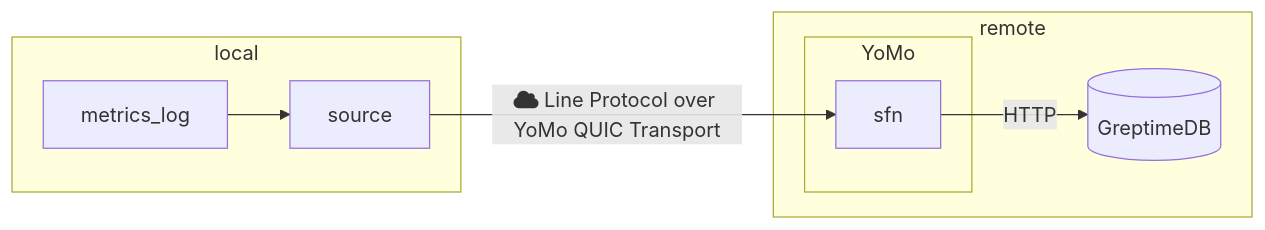
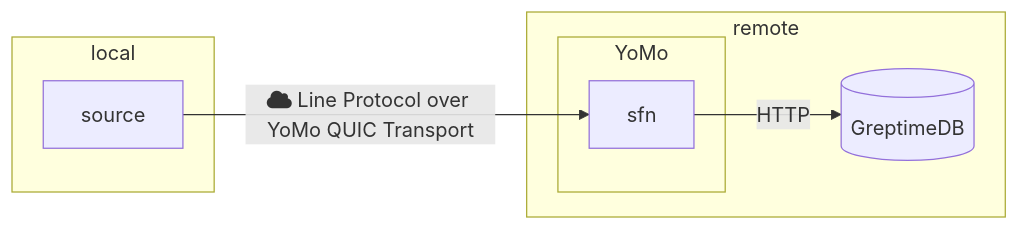
One commit to yomorun/GreptimeDB-YoMo changed the diagram in README.md. Above: the diagram before and after it, drawn with Mermaid.

Commit message:
Update chart in readme

````diff
--- a/README.md
+++ b/README.md
@@ -10,23 +10,21 @@
 ```mermaid
 flowchart LR
     greptimedb[(GreptimeDB)]
 
     subgraph yomo[YoMo]
       sfn
     end
 
     subgraph local
-      metrics_log
       source
     end
 
     subgraph remote
       yomo
       greptimedb
     end
 
-    metrics_log --> source
     source --> |fa:fa-cloud Line Protocol over YoMo QUIC Transport| sfn
     sfn --> |HTTP| greptimedb
 
 ```
````
